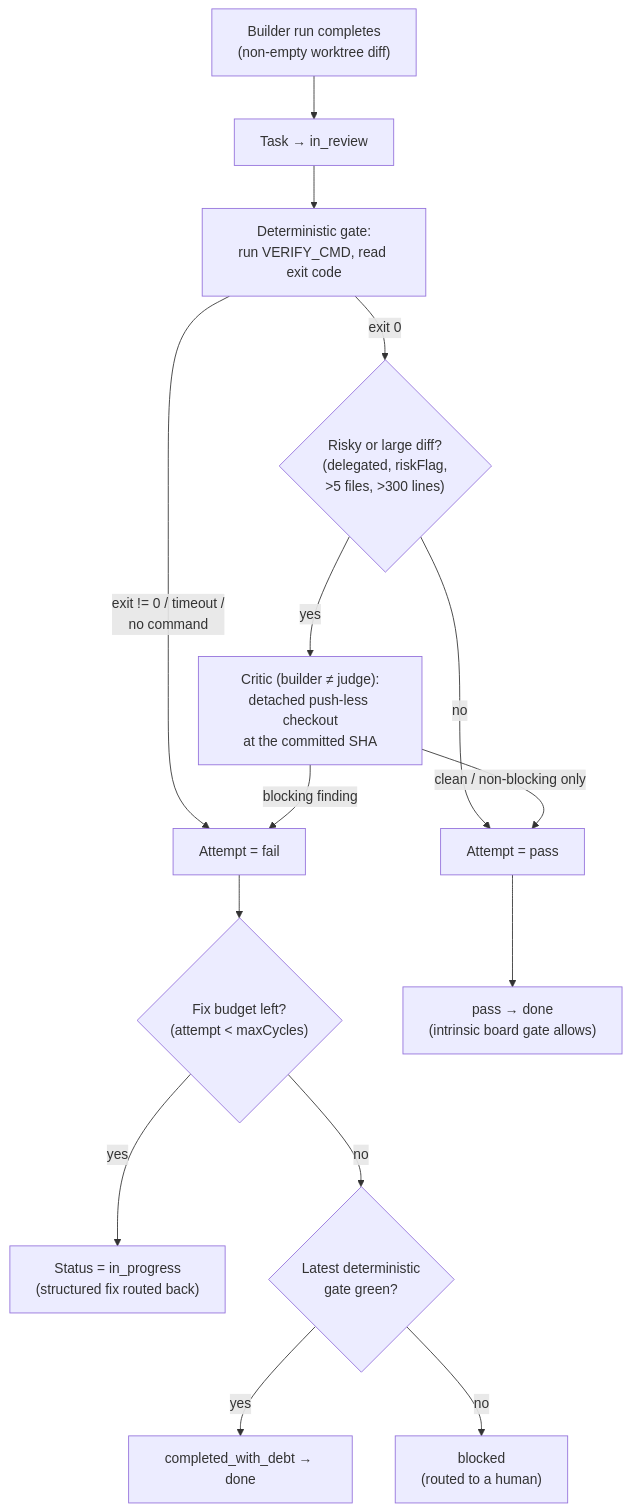
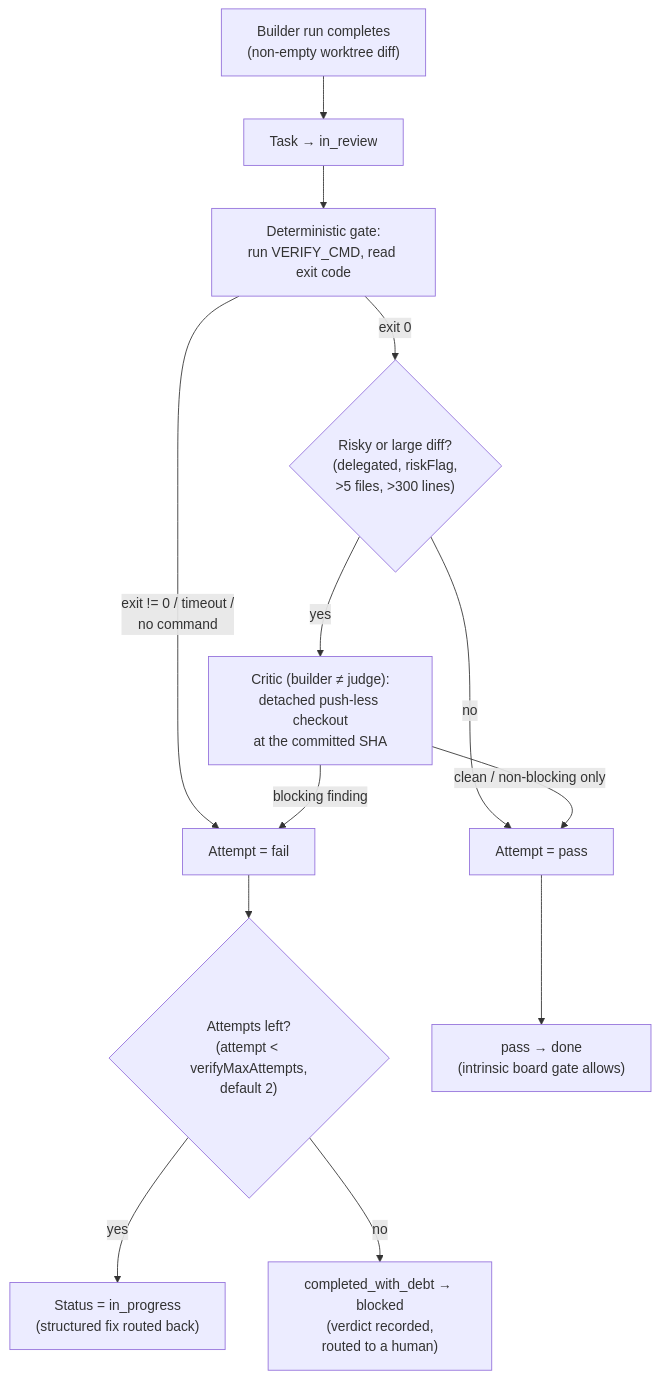
One commit to clawboo/clawboo changed the diagram in docs/concepts/verification.md. Above: the diagram before and after it, drawn with Mermaid. The commit also changed other lines of this file and 29 other files, not shown here.

````diff
--- a/docs/concepts/verification.md
+++ b/docs/concepts/verification.md
@@ -31,23 +31,20 @@
 ```mermaid
 flowchart TD
     builder["Builder run completes<br/>(non-empty worktree diff)"] --> review["Task → in_review"]
     review --> gate["Deterministic gate:<br/>run VERIFY_CMD, read exit code"]
 
     gate -->|"exit != 0 / timeout /<br/>no command"| fail["Attempt = fail"]
     gate -->|"exit 0"| risky{"Risky or large diff?<br/>(delegated, riskFlag,<br/>&gt;5 files, &gt;300 lines)"}
 
     risky -->|no| pass["Attempt = pass"]
     risky -->|yes| critic["Critic (builder ≠ judge):<br/>detached push-less checkout<br/>at the committed SHA"]
 
     critic -->|blocking finding| fail
     critic -->|"clean / non-blocking only"| pass
 
-    fail --> loop{"Fix budget left?<br/>(attempt &lt; maxCycles)"}
+    fail --> loop{"Attempts left?<br/>(attempt &lt; verifyMaxAttempts,<br/>default 2)"}
     loop -->|yes| retry["Status = in_progress<br/>(structured fix routed back)"]
-    loop -->|no| debt{"Latest deterministic<br/>gate green?"}
-
-    debt -->|yes| cwd["completed_with_debt → done"]
-    debt -->|no| blocked["blocked<br/>(routed to a human)"]
+    loop -->|no| blocked["completed_with_debt → blocked<br/>(verdict recorded,<br/>routed to a human)"]
 
     pass --> done["pass → done<br/>(intrinsic board gate allows)"]
 ```
````
